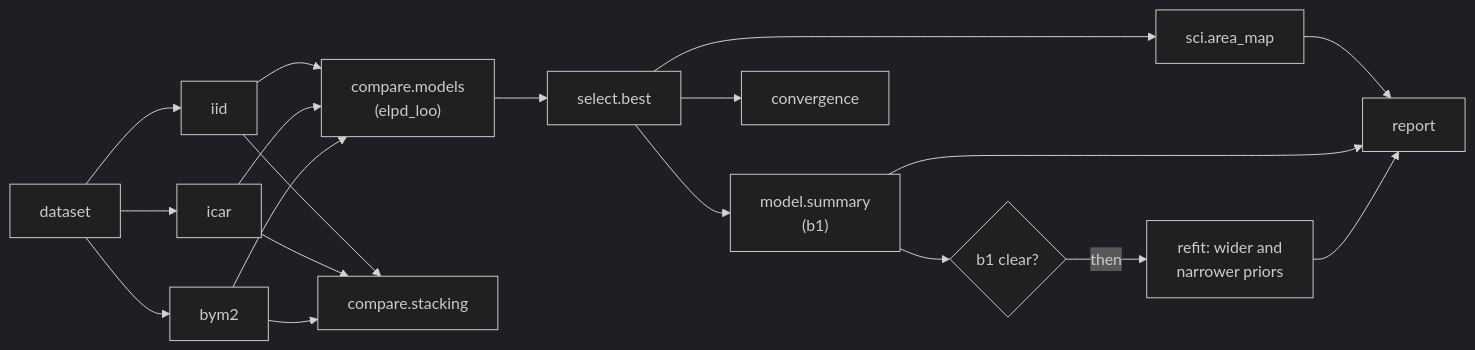
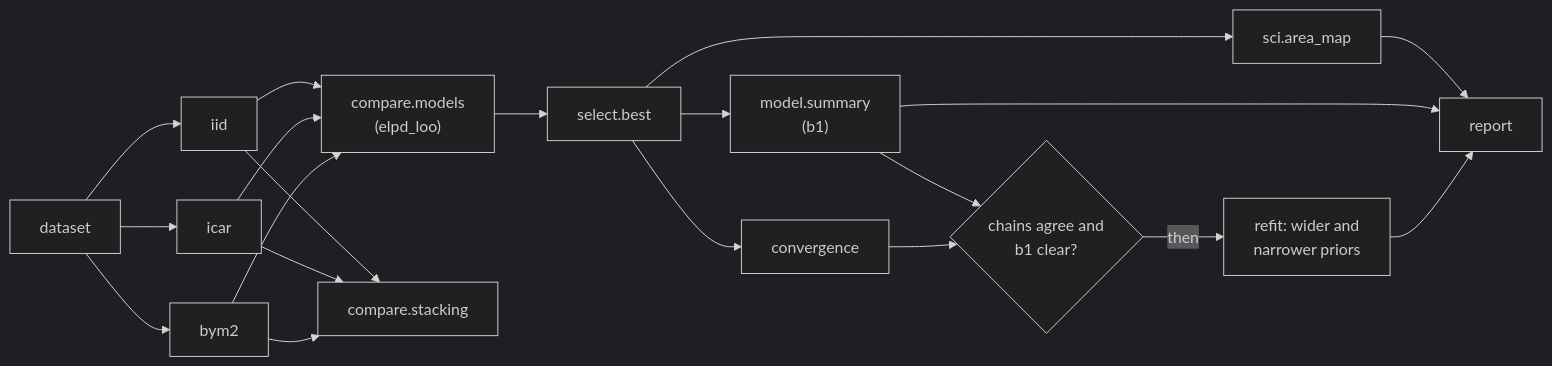
The second of 5 diagrams in docs/guides/workflow-cookbook.md (redam94/modeling-api), drawn with Mermaid (dark theme) before and after one commit. The commit also changed other lines of this file and 26 other files, not shown here.

````diff
--- a/docs/guides/workflow-cookbook.md
+++ b/docs/guides/workflow-cookbook.md
@@ -360,10 +361,11 @@
 ```mermaid
 flowchart LR
   D["dataset"] --> I["iid"] & C["icar"] & B["bym2"]
   I & C & B --> R["compare.models<br/>(elpd_loo)"] & W["compare.stacking"]
   R --> S["select.best"]
-  S --> E["model.summary<br/>(b1)"] --> Q{"b1 clear?"}
+  S --> E["model.summary<br/>(b1)"] & G["convergence"]
+  E & G --> Q{"chains agree and<br/>b1 clear?"}
   Q -- then --> P["refit: wider and<br/>narrower priors"]
-  S --> G["convergence"] & M["sci.area_map"]
+  S --> M["sci.area_map"]
   M & E & P --> Rep["report"]
 ```
````
